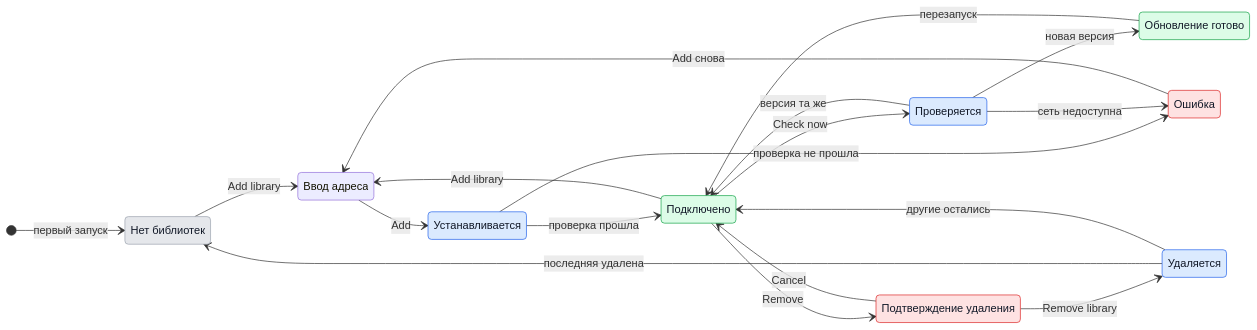
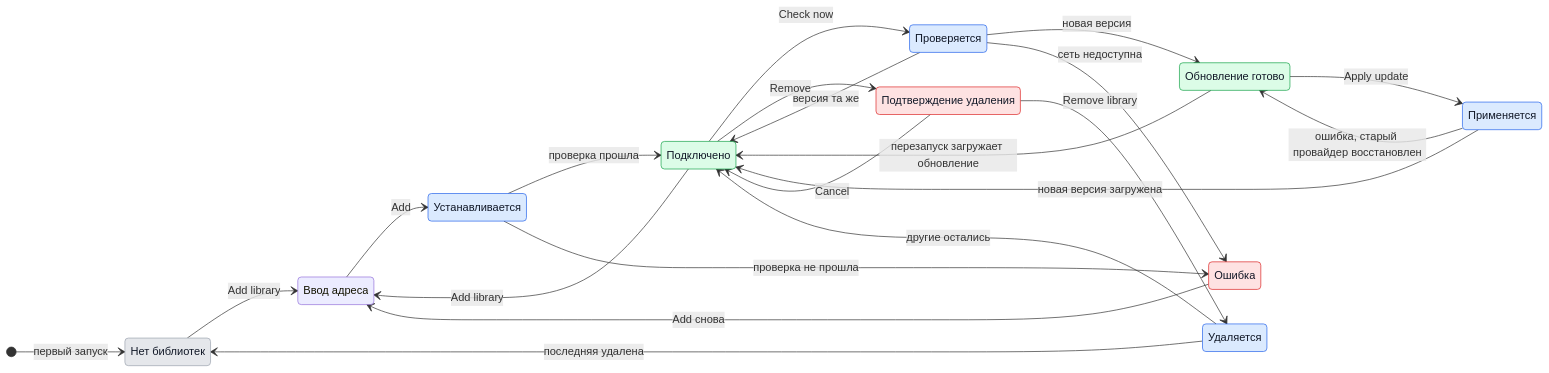
The second of 3 diagrams in docs/ux/provider-libraries.md (anetrebskii/geckit), drawn with Mermaid before and after one commit. The commit also changed other lines of this file and 67 other files, not shown here.

````diff
--- a/docs/ux/provider-libraries.md
+++ b/docs/ux/provider-libraries.md
@@ -58,42 +61,47 @@
 ```mermaid
 stateDiagram-v2
   direction LR
   classDef quiet fill:#e5e7eb,stroke:#9ca3af,color:#111827
   classDef going fill:#dbeafe,stroke:#2563eb,color:#111827
   classDef hands fill:#fee2e2,stroke:#dc2626,color:#111827
   classDef done fill:#dcfce7,stroke:#16a34a,color:#111827
   state "Нет библиотек" as empty
   state "Ввод адреса" as adding
   state "Устанавливается" as installing
   state "Подключено" as current
   state "Проверяется" as checking
   state "Обновление готово" as ready
+  state "Применяется" as applying
   state "Подтверждение удаления" as confirmRemove
   state "Удаляется" as removing
   state "Ошибка" as error
   [*] --> empty: первый запуск
   empty --> adding: Add library
   current --> adding: Add library
   adding --> installing: Add
   installing --> current: проверка прошла
   installing --> error: проверка не прошла
   error --> adding: Add снова
   current --> checking: Check now
   checking --> current: версия та же
   checking --> ready: новая версия
   checking --> error: сеть недоступна
   current --> confirmRemove: Remove
   confirmRemove --> current: Cancel
   confirmRemove --> removing: Remove library
   removing --> empty: последняя удалена
   removing --> current: другие остались
-  ready --> current: перезапуск
+  ready --> current: перезапуск загружает обновление
+  ready --> applying: Apply update
+  applying --> current: новая версия загружена
+  applying --> ready: ошибка, старый провайдер восстановлен
   class empty quiet
   class installing going
   class current done
   class checking going
   class confirmRemove hands
   class removing going
   class ready done
+  class applying going
   class error hands
 ```
````
